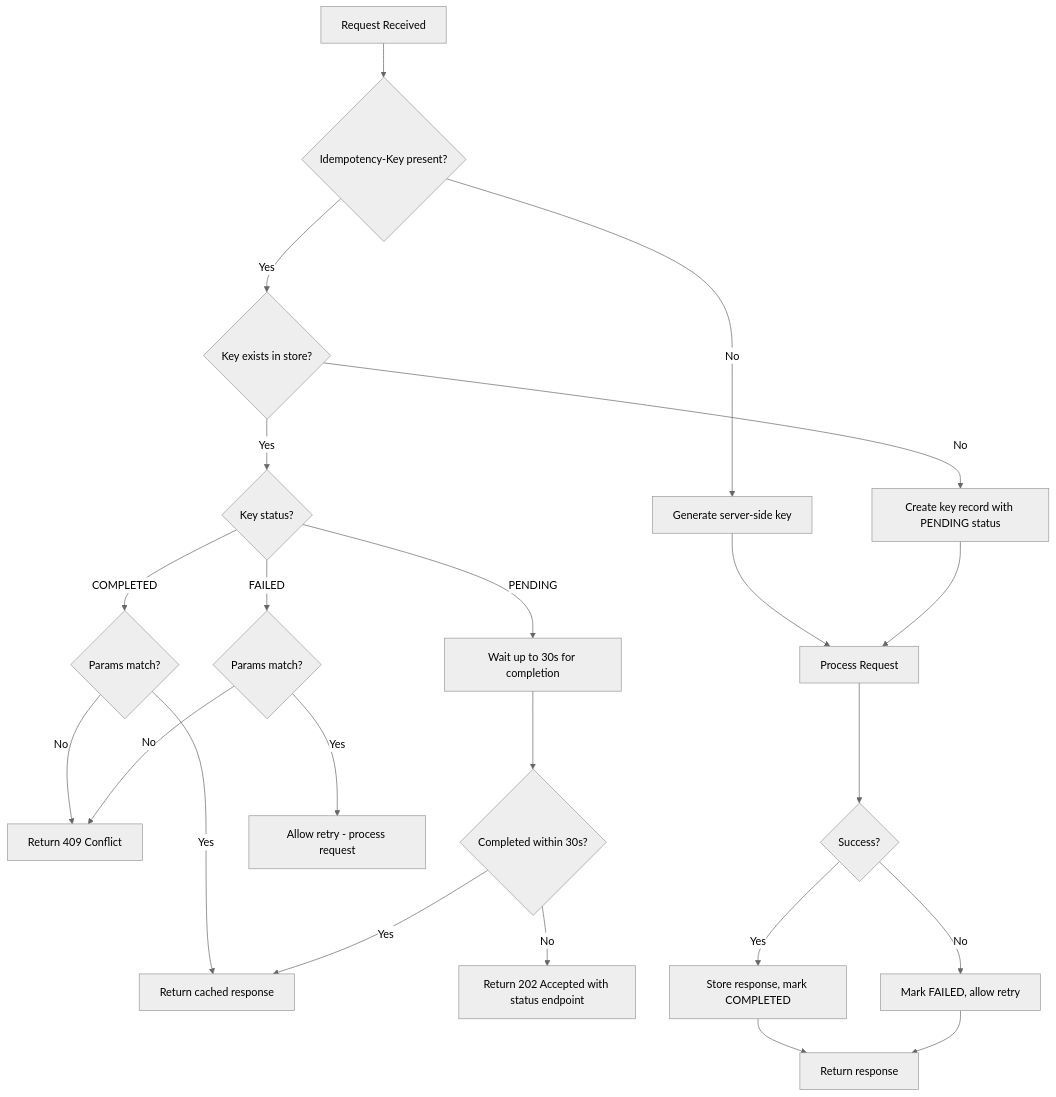
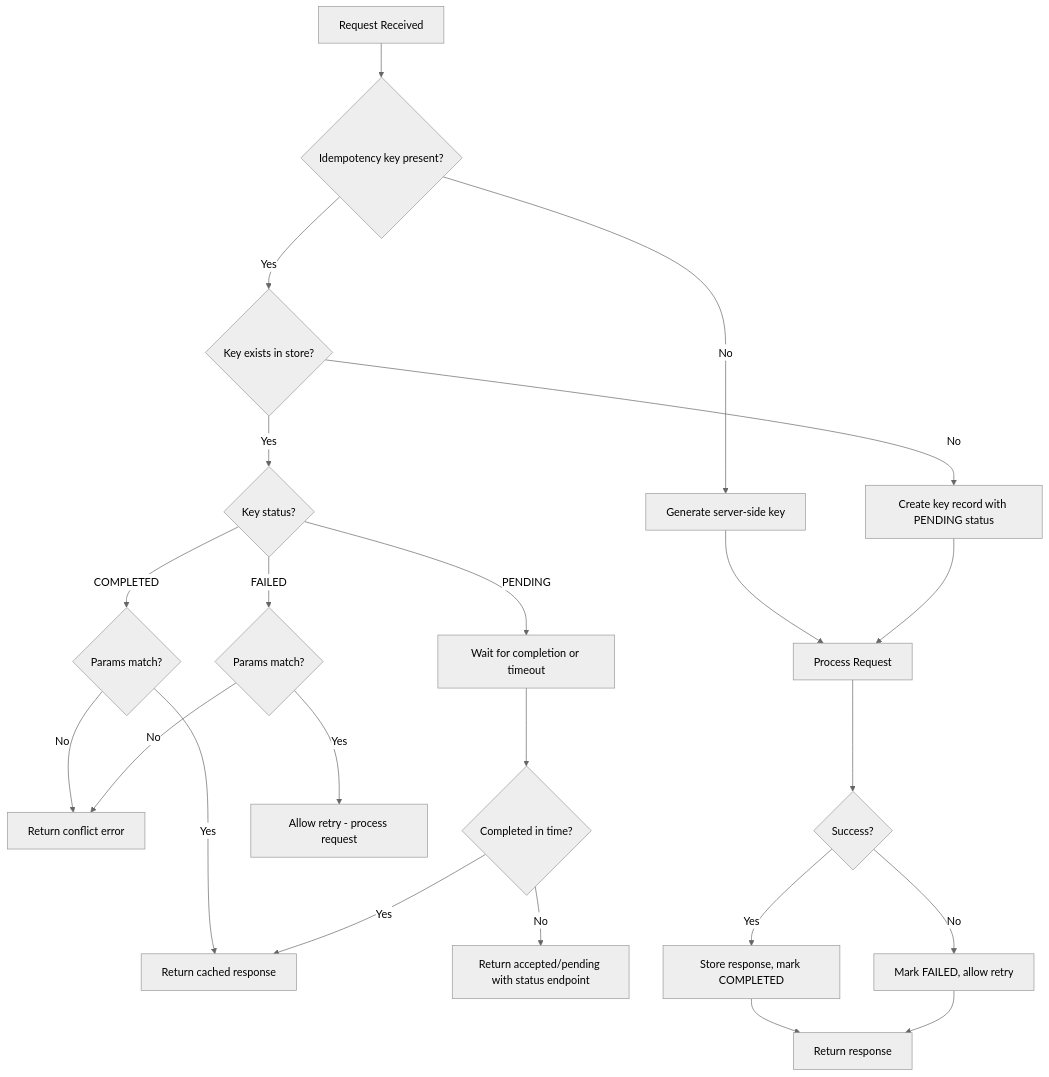
The fourth of 15 diagrams in PRD.md (ashishthakur913/catenadocs), drawn with Mermaid (neutral theme) before and after one commit. The commit also changed other lines of this file and 1 other file, not shown here.

````diff
--- a/PRD.md
+++ b/PRD.md
@@ -449,25 +390,25 @@
 ```mermaid
 flowchart TD
-    A[Request Received] --> B{Idempotency-Key present?}
+    A[Request Received] --> B{Idempotency key present?}
     B -->|No| C[Generate server-side key]
     B -->|Yes| D{Key exists in store?}
     C --> E[Process Request]
     D -->|No| F[Create key record with PENDING status]
     F --> E
     D -->|Yes| G{Key status?}
     G -->|COMPLETED| H{Params match?}
-    G -->|PENDING| I[Wait up to 30s for completion]
+    G -->|PENDING| I[Wait for completion or timeout]
     G -->|FAILED| J{Params match?}
     H -->|Yes| K[Return cached response]
-    H -->|No| L[Return 409 Conflict]
-    I --> M{Completed within 30s?}
+    H -->|No| L[Return conflict error]
+    I --> M{Completed in time?}
     M -->|Yes| K
-    M -->|No| N[Return 202 Accepted with status endpoint]
+    M -->|No| N[Return accepted/pending with status endpoint]
     J -->|Yes| O[Allow retry - process request]
     J -->|No| L
     E --> P{Success?}
     P -->|Yes| Q[Store response, mark COMPLETED]
     P -->|No| R[Mark FAILED, allow retry]
     Q --> S[Return response]
     R --> S
 ```
````
